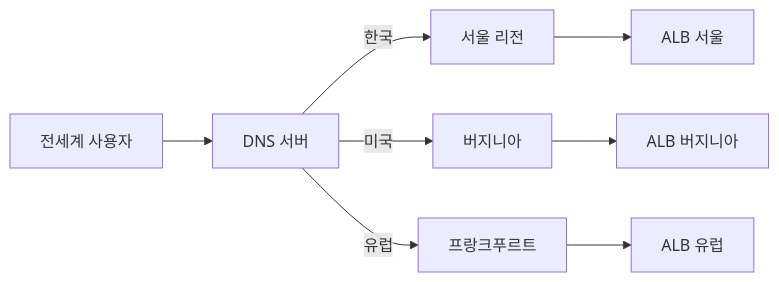
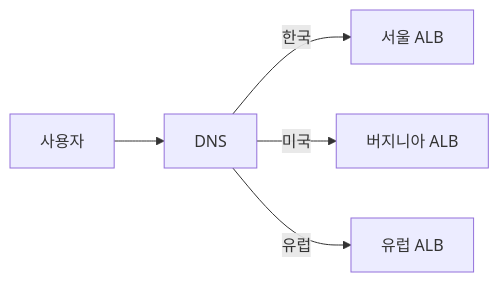
The fifth of 8 diagrams in _posts/network/2026-05-01-load-balancer.md (yjkim2015/yjkim2015.github.io), drawn with Mermaid before and after one commit. The commit also changed other lines of this file and 163 other files, not shown here.

First line of the commit message:
Mermaid 300개 블록 내용 축소: 5노드 5엣지 이하, 의미 있는 약어

````diff
--- a/_posts/network/2026-05-01-load-balancer.md
+++ b/_posts/network/2026-05-01-load-balancer.md
@@ -593,10 +591,7 @@
 ```mermaid
 graph LR
-    User["전세계 사용자"] --> DNS["DNS 서버"]
-    DNS -->|한국| Seoul["서울 리전"]
-    DNS -->|미국| Virginia["버지니아"]
-    DNS -->|유럽| Frankfurt["프랑크푸르트"]
-    Seoul --> ALB_Seoul["ALB 서울"]
-    Virginia --> ALB_VA["ALB 버지니아"]
-    Frankfurt --> ALB_FRA["ALB 유럽"]
+    User["사용자"] --> DNS["DNS"]
+    DNS -->|한국| Seoul["서울 ALB"]
+    DNS -->|미국| VA["버지니아 ALB"]
+    DNS -->|유럽| FRA["유럽 ALB"]
 ```
````
